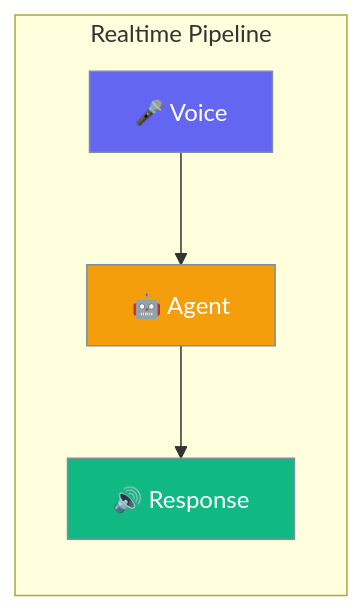
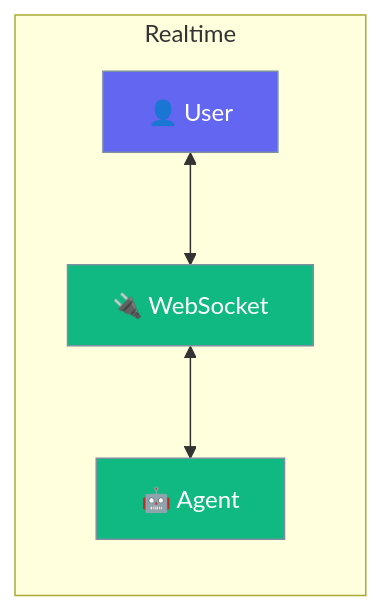
The diagram in docs/rust/realtime.mdx (MervinPraison/PraisonAIDocs), drawn with Mermaid before and after one commit. The commit also changed other lines of this file and 87 other files, not shown here.

````diff
--- a/docs/rust/realtime.mdx
+++ b/docs/rust/realtime.mdx
@@ -10,15 +10,13 @@
 ```mermaid
 graph LR
-    subgraph "Realtime Pipeline"
-        V[🎤 Voice] --> A[🤖 Agent]
-        A --> R[🔊 Response]
+    subgraph "Realtime"
+        U[👤 User] <--> W[🔌 WebSocket]
+        W <--> A[🤖 Agent]
     end
     
-    classDef input fill:#6366F1,stroke:#7C90A0,color:#fff
-    classDef agent fill:#F59E0B,stroke:#7C90A0,color:#fff
-    classDef output fill:#10B981,stroke:#7C90A0,color:#fff
+    classDef user fill:#6366F1,stroke:#7C90A0,color:#fff
+    classDef agent fill:#10B981,stroke:#7C90A0,color:#fff
     
-    class V input
-    class A agent
-    class R output
+    class U user
+    class W,A agent
 ```
````
